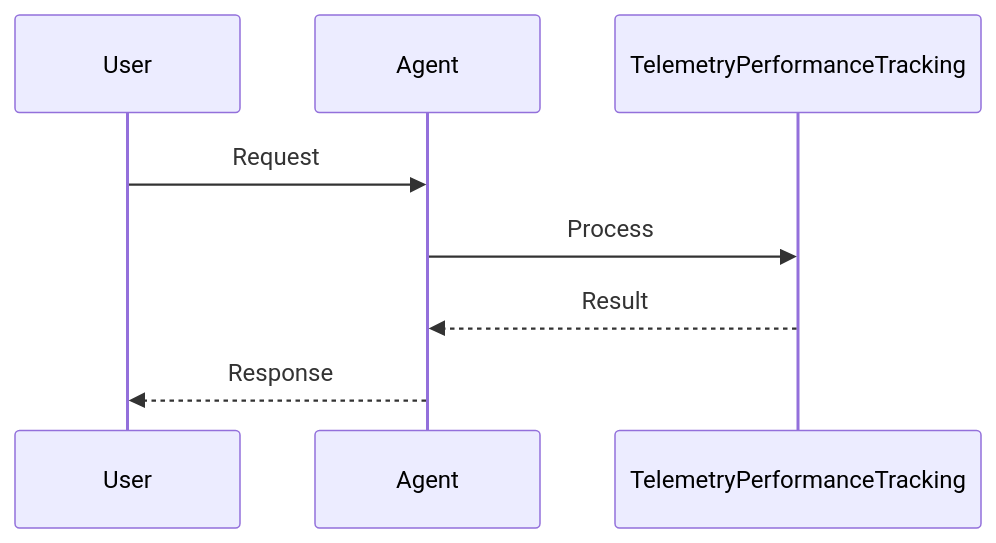
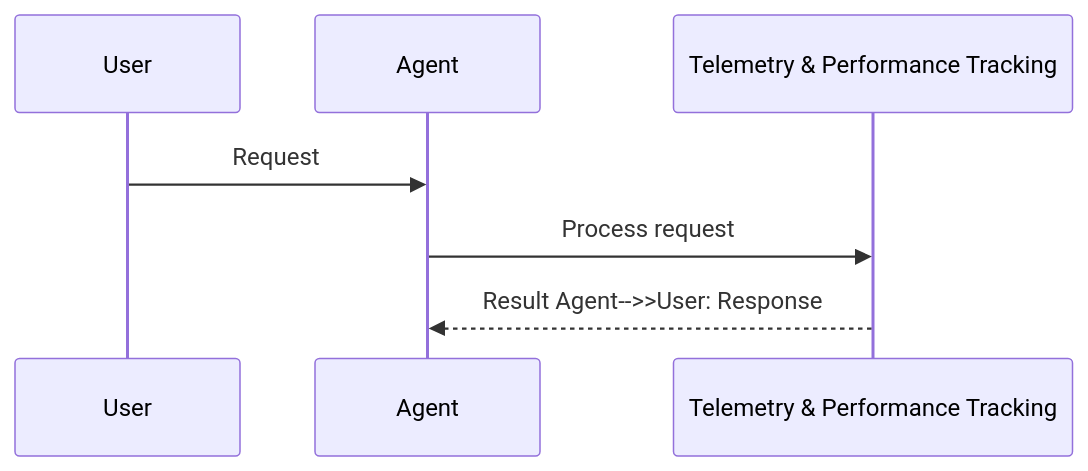
Before and after one commit to MervinPraison/PraisonAIDocs: the second of 2 diagrams in docs/features/telemetry.mdx, drawn with Mermaid. The commit also changed 204 other files, not shown here.

First line of the commit message:
docs: align feature/tool pages with AGENTS.md hero, sequence, and import standards (#1777)

````diff
--- a/docs/features/telemetry.mdx
+++ b/docs/features/telemetry.mdx
@@ -45,11 +45,10 @@
 ```mermaid
 sequenceDiagram
     participant User
     participant Agent
-    participant TelemetryPerformanceTracking
+    participant Feature as Telemetry & Performance Tracking
 
     User->>Agent: Request
-    Agent->>TelemetryPerformanceTracking: Process
-    TelemetryPerformanceTracking-->>Agent: Result
-    Agent-->>User: Response
+    Agent->>Feature: Process request
+    Feature-->>Agent: Result    Agent-->>User: Response
 ```
````
